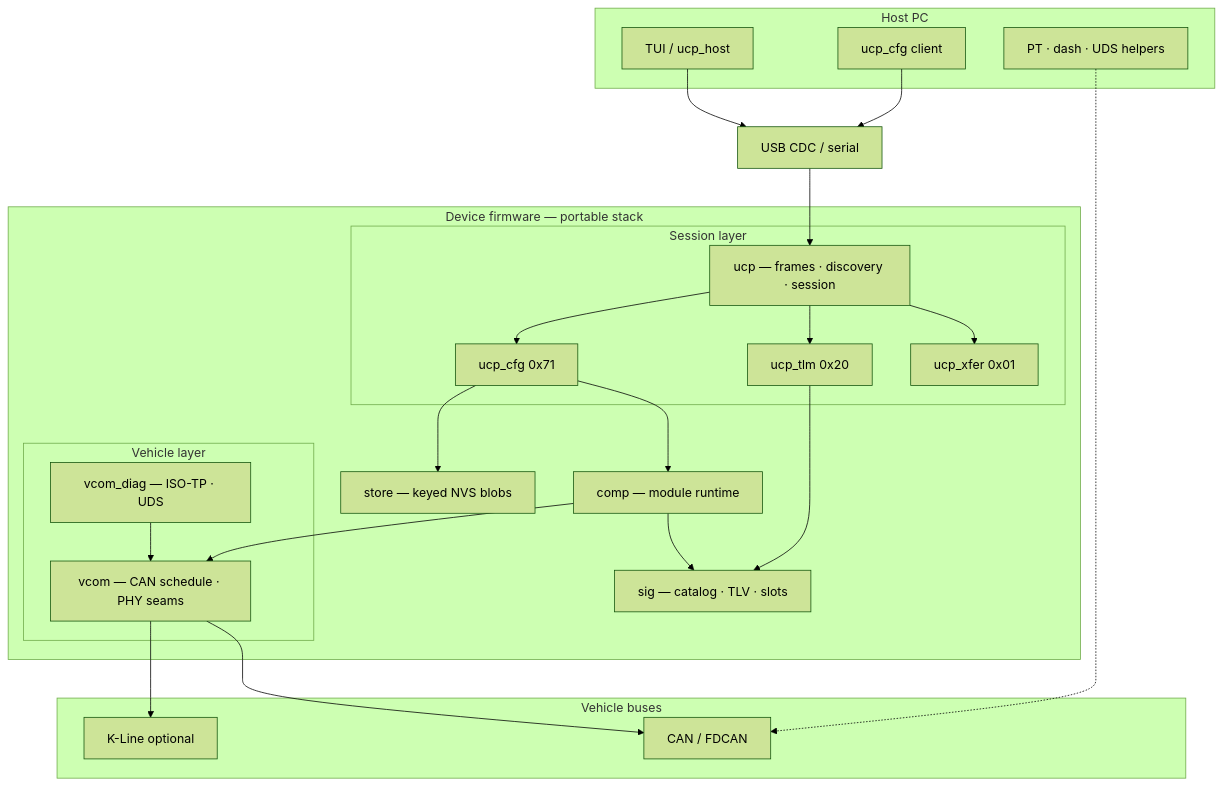
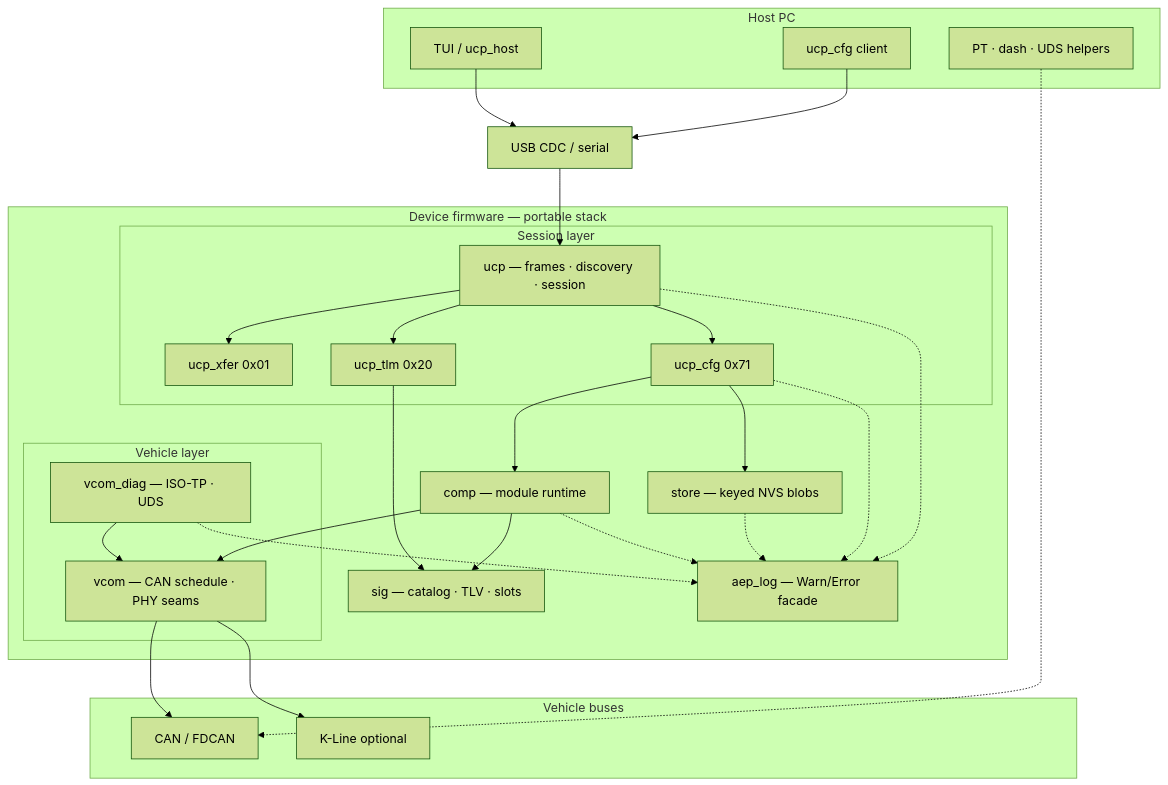
Before and after one commit to wombat02/Auto-Embedded-Platform: the diagram in README.md, drawn with Mermaid (forest theme). The commit also changed other lines of this file and 30 other files, not shown here.

First line of the commit message:
Add portable aep_log and emit Warn/Error from AEP failure paths.

````diff
--- a/README.md
+++ b/README.md
@@ -7,49 +7,55 @@
 ```mermaid
 flowchart TB
   subgraph host [Host PC]
     tui["TUI / ucp_host"]
     cfg["ucp_cfg client"]
     gens["PT · dash · UDS helpers"]
   end
 
   usb["USB CDC / serial"]
 
   subgraph device [Device firmware — portable stack]
     subgraph session [Session layer]
       ucp["ucp — frames · discovery · session"]
       xfer["ucp_xfer 0x01"]
       tlm["ucp_tlm 0x20"]
       ucfg["ucp_cfg 0x71"]
     end
 
     sig["sig — catalog · TLV · slots"]
     comp["comp — module runtime"]
     store["store — keyed NVS blobs"]
+    alog["aep_log — Warn/Error facade"]
 
     subgraph vehicle [Vehicle layer]
       vcom["vcom — CAN schedule · PHY seams"]
       diag["vcom_diag — ISO-TP · UDS"]
     end
   end
 
   subgraph buses [Vehicle buses]
     can["CAN / FDCAN"]
     kline["K-Line optional"]
   end
 
   tui --> usb
   cfg --> usb
   gens -.-> can
   usb --> ucp
   ucp --> xfer
   ucp --> tlm
   ucp --> ucfg
   tlm --> sig
   ucfg --> comp
   ucfg --> store
   comp --> sig
   comp --> vcom
   diag --> vcom
   vcom --> can
   vcom --> kline
+  ucp -.-> alog
+  comp -.-> alog
+  store -.-> alog
+  ucfg -.-> alog
+  diag -.-> alog
 ```
````
